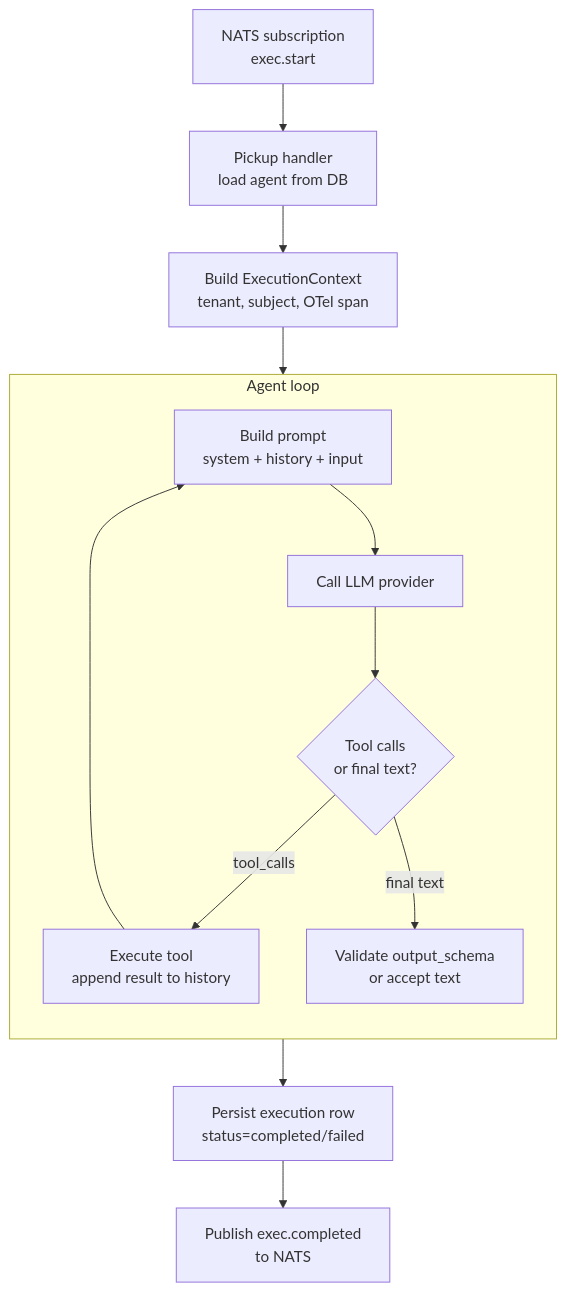
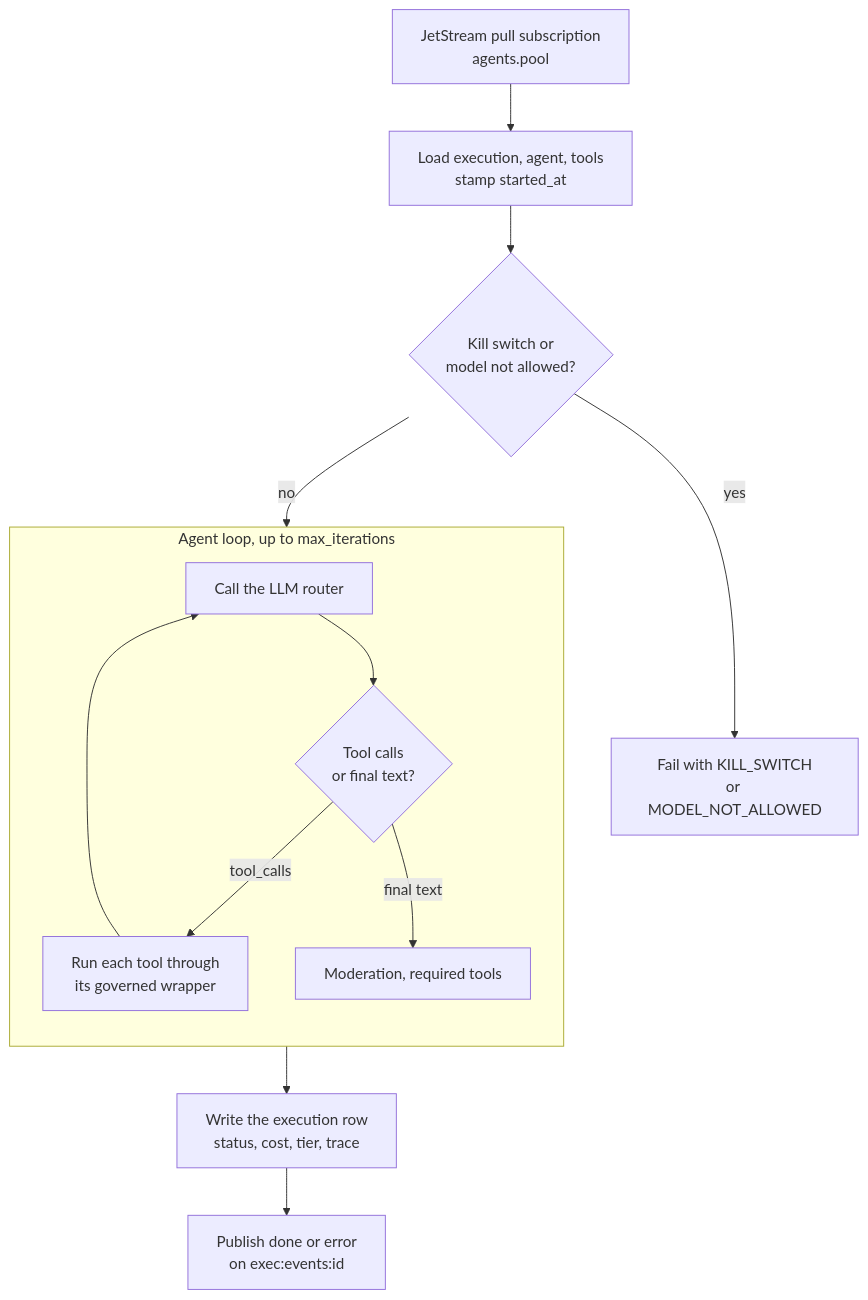
One commit to sarkar4777/abenix changed the diagram in docs/02-runtime/00-agent-execution.md. Above: the diagram before and after it, drawn with Mermaid. The commit also changed other lines of this file and 288 other files, not shown here.

````diff
--- a/docs/02-runtime/00-agent-execution.md
+++ b/docs/02-runtime/00-agent-execution.md
@@ -9,21 +20,21 @@
 ```mermaid
 flowchart TB
-  N[NATS subscription<br/>exec.start] --> Pickup
-  Pickup[Pickup handler<br/>load agent from DB] --> CreateContext[Build ExecutionContext<br/>tenant, subject, OTel span]
-  CreateContext --> Loop
+  N[JetStream pull subscription<br/>agents.pool] --> Pickup
+  Pickup[Load execution, agent, tools<br/>stamp started_at] --> Gov
+  Gov{Kill switch or<br/>model not allowed?} -->|yes| Refuse[Fail with KILL_SWITCH<br/>or MODEL_NOT_ALLOWED]
+  Gov -->|no| Loop
 
-  subgraph Loop["Agent loop"]
+  subgraph Loop["Agent loop, up to max_iterations"]
     direction TB
-    Build[Build prompt<br/>system + history + input]
-    LLM[Call LLM provider]
+    LLM[Call the LLM router]
     Parse{Tool calls<br/>or final text?}
-    Exec[Execute tool<br/>append result to history]
-    Final[Validate output_schema<br/>or accept text]
-    Build --> LLM --> Parse
-    Parse -->|tool_calls| Exec --> Build
+    Exec[Run each tool through<br/>its governed wrapper]
+    Final[Moderation, required tools]
+    LLM --> Parse
+    Parse -->|tool_calls| Exec --> LLM
     Parse -->|final text| Final
   end
 
-  Loop --> Persist[Persist execution row<br/>status=completed/failed]
-  Persist --> Emit[Publish exec.completed<br/>to NATS]
+  Loop --> Persist[Write the execution row<br/>status, cost, tier, trace]
+  Persist --> Emit[Publish done or error<br/>on exec:events:id]
 ```
````
